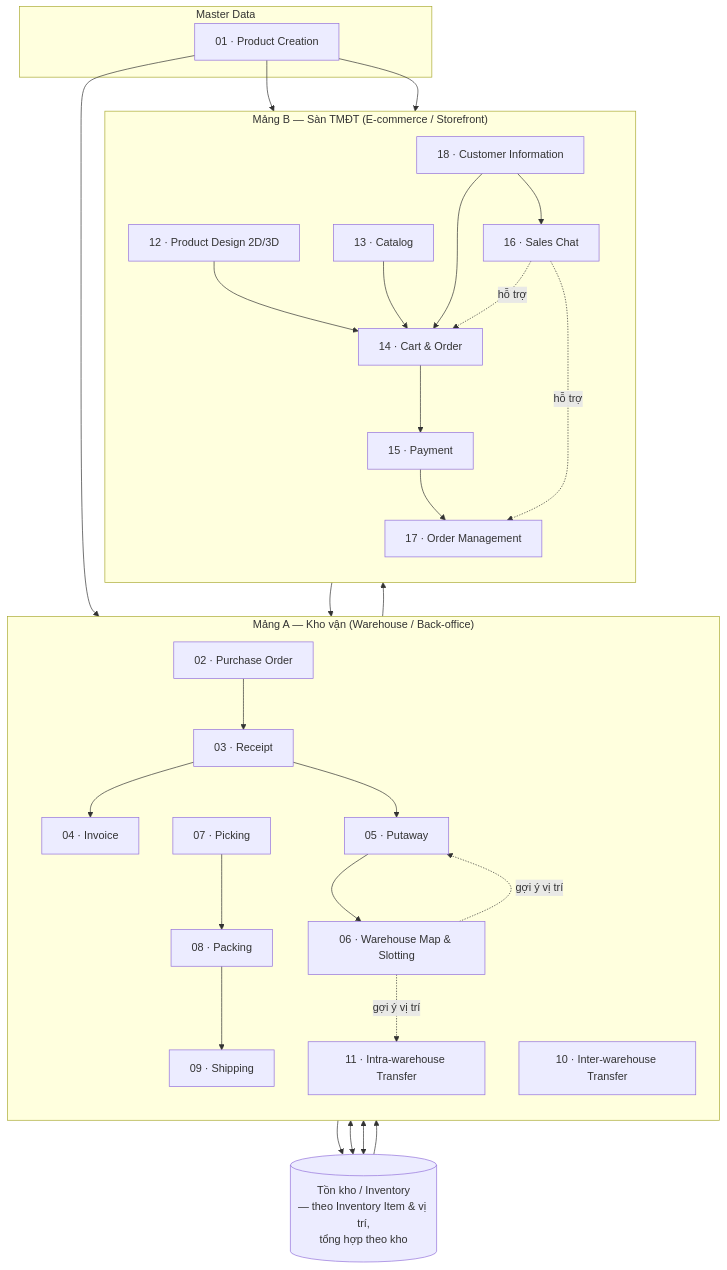
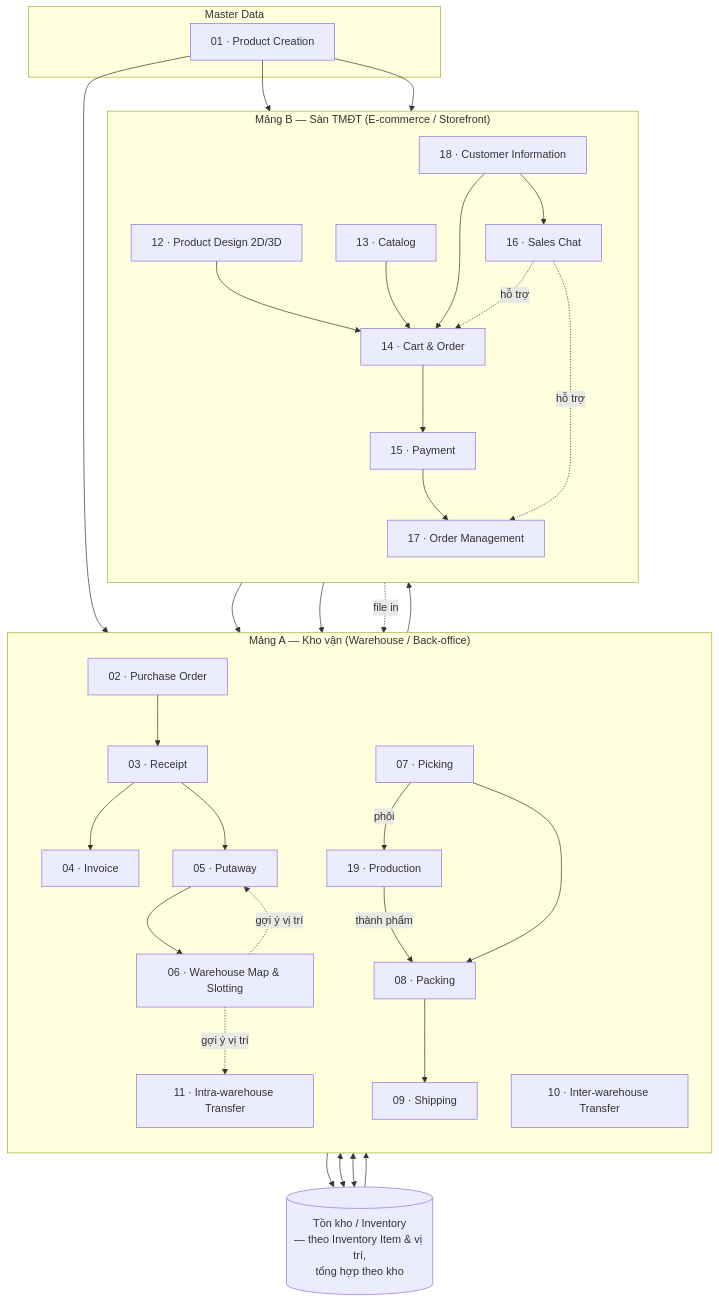
The first of 2 diagrams in docs/00-system-overview/README.md (KLTN-FA26/docs), drawn with Mermaid before and after one commit. The commit also changed other lines of this file and 14 other files, not shown here.

````diff
--- a/docs/00-system-overview/README.md
+++ b/docs/00-system-overview/README.md
@@ -88,62 +87,67 @@
 ```mermaid
 flowchart TB
     subgraph MASTER["Master Data"]
         PC[01 · Product Creation]
     end
 
     subgraph WH["Mảng A — Kho vận (Warehouse / Back-office)"]
         direction TB
         PO[02 · Purchase Order]
         RC[03 · Receipt]
         INV[04 · Invoice]
         PA[05 · Putaway]
         MAP[06 · Warehouse Map & Slotting]
         PICK[07 · Picking]
         PACK[08 · Packing]
         SHIP[09 · Shipping]
         INTER[10 · Inter-warehouse Transfer]
         INTRA[11 · Intra-warehouse Transfer]
+        PROD[19 · Production]
     end
 
     subgraph EC["Mảng B — Sàn TMĐT (E-commerce / Storefront)"]
         direction TB
         DSN[12 · Product Design 2D/3D]
         CAT[13 · Catalog]
         CO[14 · Cart & Order]
         PAY[15 · Payment]
         CHAT[16 · Sales Chat]
         OM[17 · Order Management]
         CIM[18 · Customer Information]
     end
 
     INVENTORY[(Tồn kho / Inventory\n— theo Inventory Item & vị trí,\ntổng hợp theo kho)]
 
     PC --> PO
     PC --> CAT
     PC --> DSN
     PO --> RC
     RC --> INV
     RC --> PA
     PA --> MAP
     MAP -. gợi ý vị trí .-> PA
     PA --> INVENTORY
 
     CAT --> CO
     DSN --> CO
     CO --> PAY
     PAY --> OM
     CHAT -. hỗ trợ .-> CO
     CHAT -. hỗ trợ .-> OM
     CIM --> CO
     CIM --> CHAT
 
     OM --> PICK
+    OM --> PROD
+    DSN -. file in .-> PROD
+    PICK -- phôi --> PROD
+    PROD -- thành phẩm --> PACK
     INVENTORY --> PICK
     PICK --> PACK
     PACK --> SHIP
     SHIP --> OM
 
     INTER <--> INVENTORY
     INTRA <--> INVENTORY
     MAP -. gợi ý vị trí .-> INTRA
 ```
````
